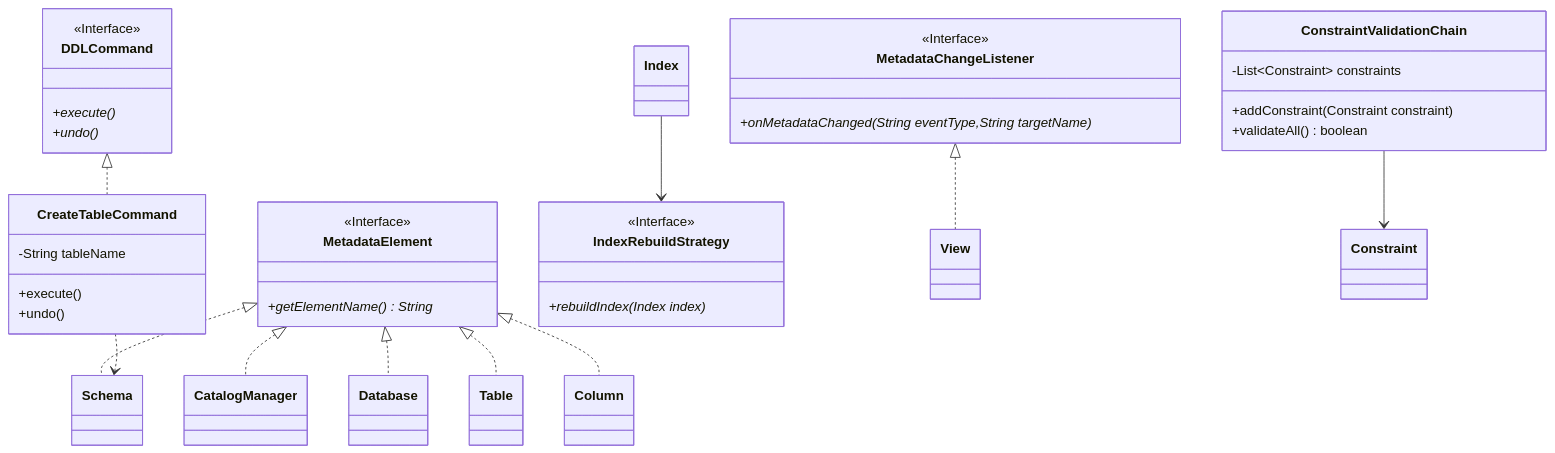
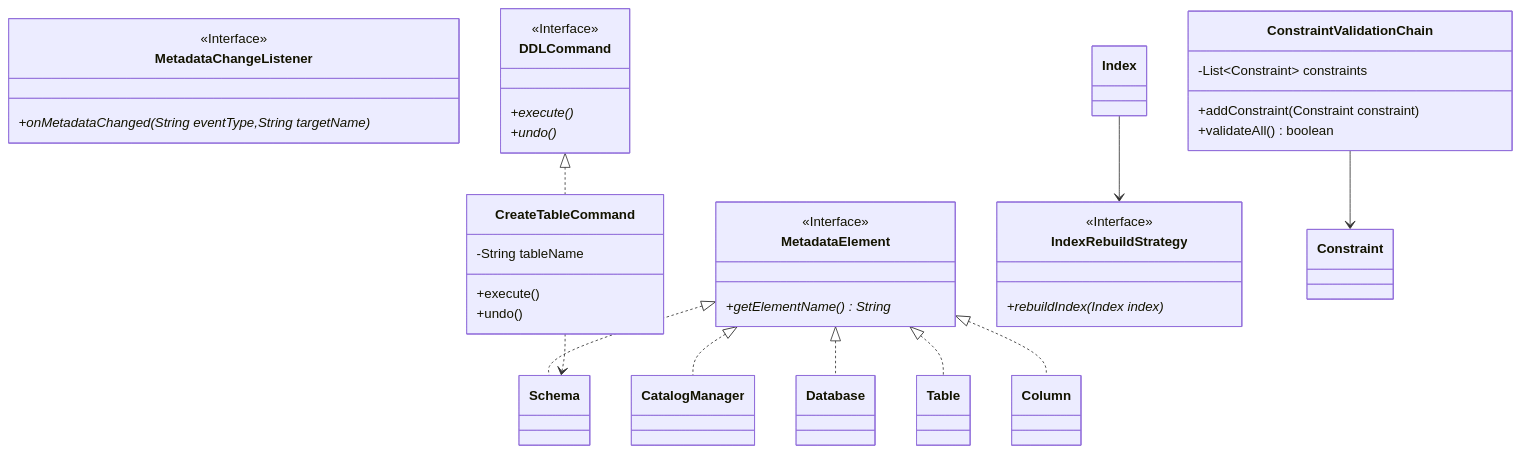
One commit to Dikhang1112/Database_Management_BBV changed the diagram in docs/class_diagram/metadata/detail/Behavior.md. Above: the diagram before and after it, drawn with Mermaid. The commit also changed 27 other files, not shown here.

```diff
--- a/docs/class_diagram/metadata/detail/Behavior.md
+++ b/docs/class_diagram/metadata/detail/Behavior.md
@@ -67,15 +67,9 @@
 %% REFERENCES
 %% =====================================================
 
-class CatalogManager
-
-class Database
-
 class Schema
 
 class Table
-
-class View
 
 class Index
 
@@ -91,8 +85,6 @@
 MetadataElement <|.. Table
 MetadataElement <|.. Column
 
-MetadataChangeListener <|.. View
-
 DDLCommand <|.. CreateTableCommand
 
 Index --> IndexRebuildStrategy
```
